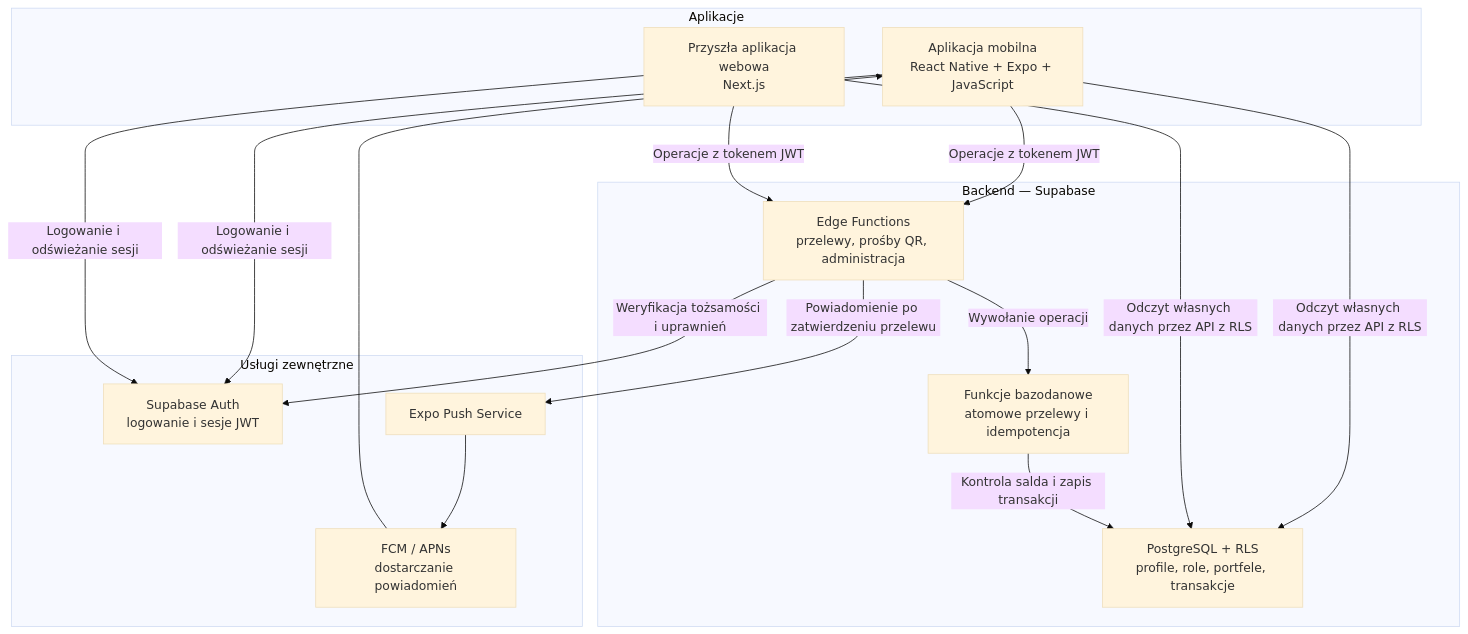
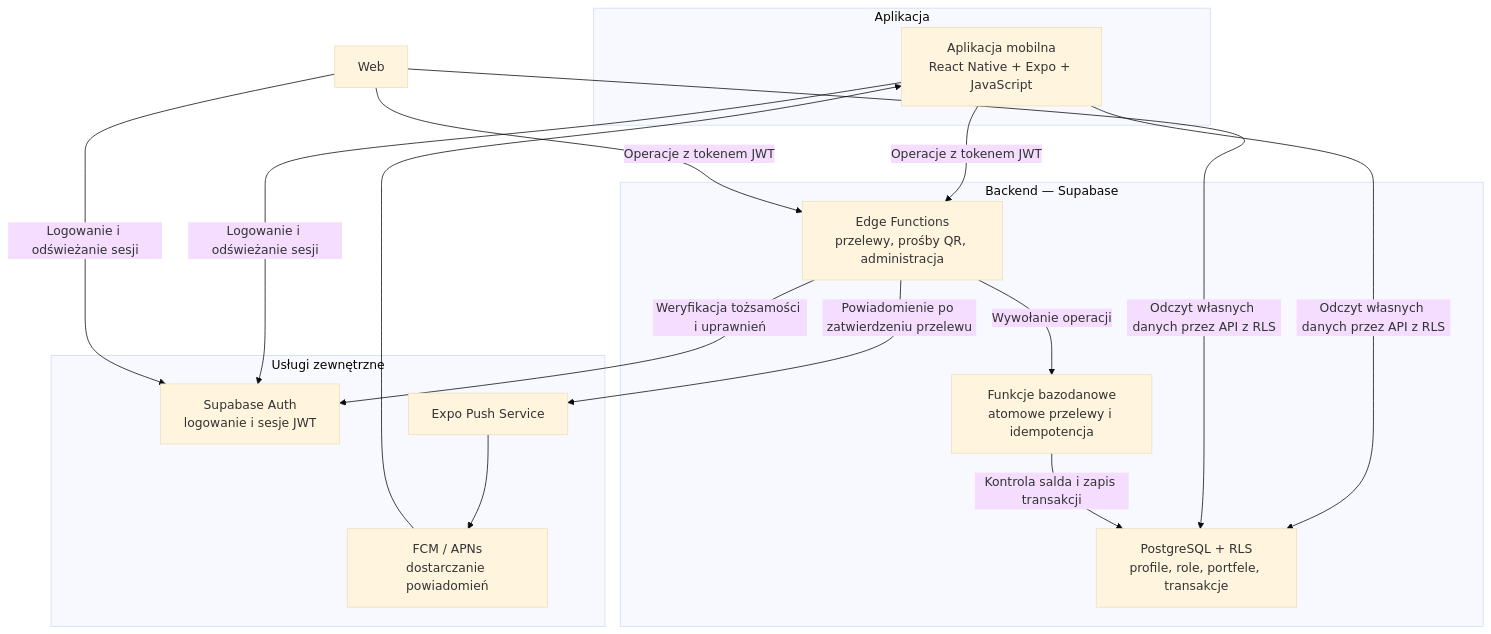
One commit to WilczynskiMikolaj/p2p-wallet-mobile-app changed the diagram in architektura.md. Above: the diagram before and after it, drawn with Mermaid (base theme).

Commit message:
Fix - architektura md 2

````diff
--- a/architektura.md
+++ b/architektura.md
@@ -2,36 +2,35 @@
 ```mermaid
 flowchart TD
-    subgraph Clients["Aplikacje"]
+    subgraph Clients["Aplikacja"]
         Mobile["Aplikacja mobilna<br>React Native + Expo + JavaScript"]
-        Web["Przyszła aplikacja webowa<br>Next.js"]
     end
 
     subgraph Backend["Backend — Supabase"]
         API["Edge Functions<br>przelewy, prośby QR, administracja"]
         DB["PostgreSQL + RLS<br>profile, role, portfele, transakcje"]
         Functions["Funkcje bazodanowe<br>atomowe przelewy i idempotencja"]
     end
 
     subgraph Services["Usługi zewnętrzne"]
         Auth["Supabase Auth<br>logowanie i sesje JWT"]
         Push["Expo Push Service"]
         Delivery["FCM / APNs<br>dostarczanie powiadomień"]
     end
 
     Mobile -->|"Logowanie i odświeżanie sesji"| Auth
     Web -->|"Logowanie i odświeżanie sesji"| Auth
 
     Mobile -->|"Operacje z tokenem JWT"| API
     Web -->|"Operacje z tokenem JWT"| API
 
     Mobile -->|"Odczyt własnych danych przez API z RLS"| DB
     Web -->|"Odczyt własnych danych przez API z RLS"| DB
 
     API -->|"Weryfikacja tożsamości i uprawnień"| Auth
     API -->|"Wywołanie operacji"| Functions
     Functions -->|"Kontrola salda i zapis transakcji"| DB
 
     API -->|"Powiadomienie po zatwierdzeniu przelewu"| Push
     Push --> Delivery
     Delivery --> Mobile
 ```
````
